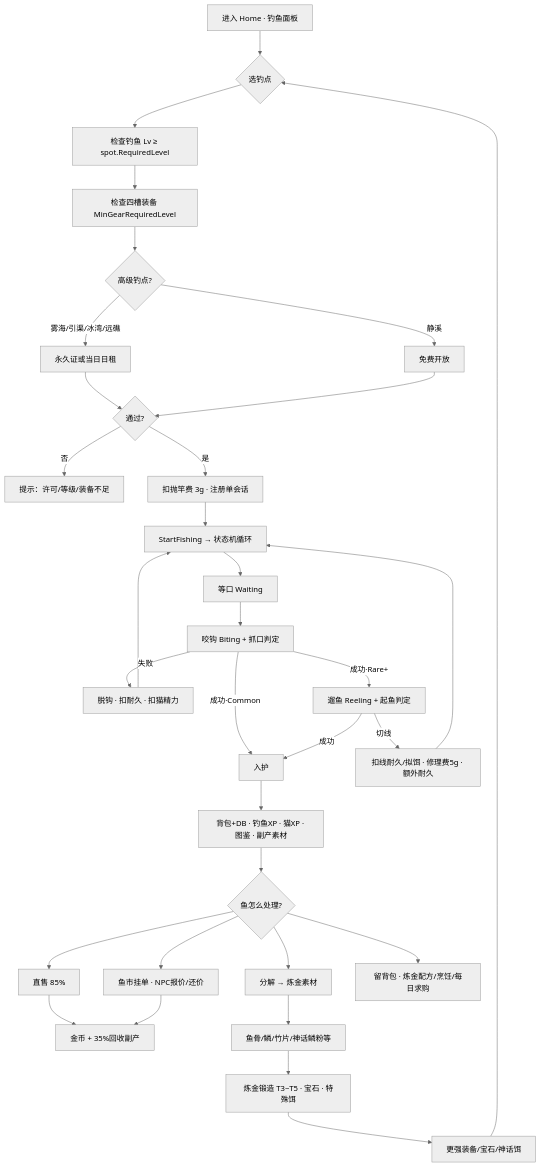
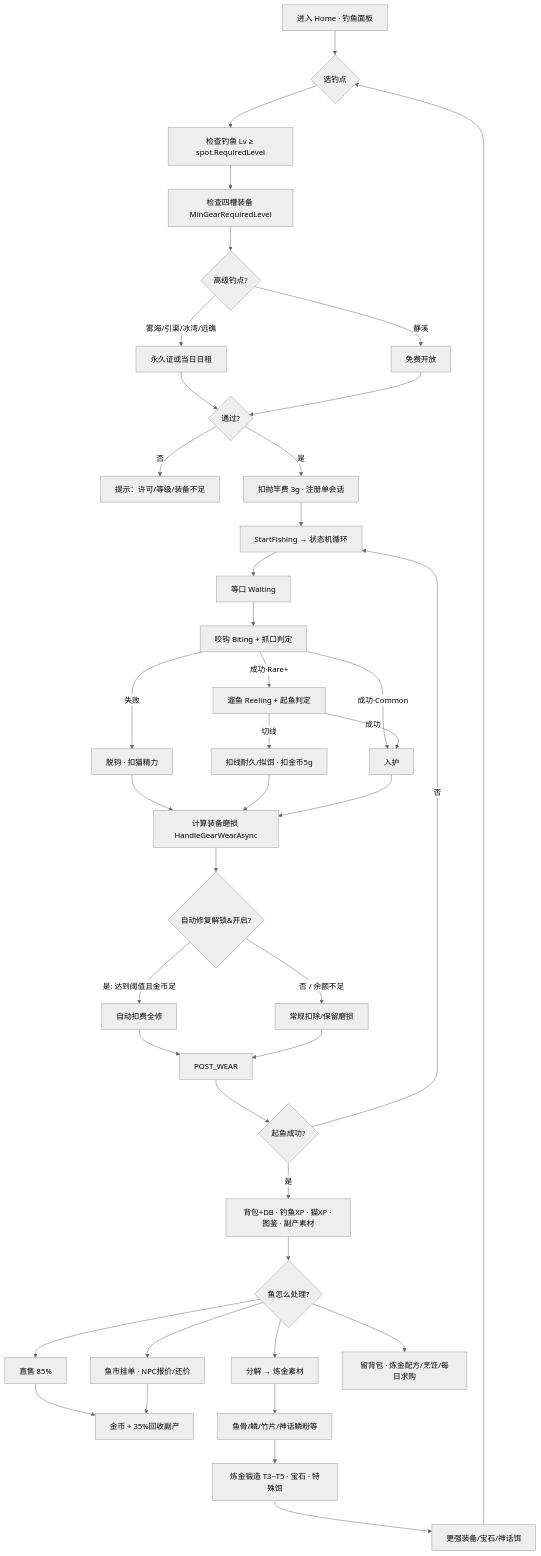
One commit to JijiangWen/CyberPetApp changed the first of 2 diagrams in docs/fishing-gameplay-loop.md. Above: the diagram before and after it, drawn with Mermaid (neutral theme). The commit also changed other lines of this file and 3 other files, not shown here.

````diff
--- a/docs/fishing-gameplay-loop.md
+++ b/docs/fishing-gameplay-loop.md
@@ -12,35 +12,41 @@
 ```mermaid
 flowchart TD
     A[进入 Home · 钓鱼面板] --> B{选钓点}
     B --> C[检查钓鱼 Lv ≥ spot.RequiredLevel]
     C --> D[检查四槽装备 MinGearRequiredLevel]
     D --> E{高级钓点?}
     E -->|雾海/引渠/冰湾/远礁| F[永久证或当日日租]
     E -->|静溪| G[免费开放]
     F --> H{通过?}
     G --> H
     H -->|否| I[提示：许可/等级/装备不足]
     H -->|是| J[扣抛竿费 3g · 注册单会话]
     J --> K[StartFishing → 状态机循环]
     K --> L[等口 Waiting]
     L --> M[咬钩 Biting + 抓口判定]
-    M -->|失败| N[脱钩 · 扣耐久 · 扣猫精力]
+    M -->|失败| N[脱钩 · 扣猫精力]
     M -->|成功·Common| P[入护]
     M -->|成功·Rare+| O[遛鱼 Reeling + 起鱼判定]
-    O -->|切线| Q[扣线耐久/拟饵 · 修理费5g · 额外耐久]
+    O -->|切线| Q[扣线耐久/拟饵 · 扣金币5g]
     O -->|成功| P
-    P --> R[背包+DB · 钓鱼XP · 猫XP · 图鉴 · 副产素材]
+    N --> WEAR[计算装备磨损 HandleGearWearAsync]
+    Q --> WEAR
+    P --> WEAR
+    WEAR --> AR{自动修复解锁&开启?}
+    AR -->|是: 达到阈值且金币足| AR_DO[自动扣费全修] --> POST_WEAR
+    AR -->|否 / 余额不足| AR_FAIL[常规扣除/保留磨损] --> POST_WEAR
+    POST_WEAR --> CHECK_STATE{起鱼成功?}
+    CHECK_STATE -->|是| R[背包+DB · 钓鱼XP · 猫XP · 图鉴 · 副产素材]
+    CHECK_STATE -->|否| K
     R --> S{鱼怎么处理?}
     S --> T[直售 85%]
     S --> U[鱼市挂单 · NPC报价/还价]
     S --> V[分解 → 炼金素材]
     S --> W[留背包 · 炼金配方/烹饪/每日求购]
     T --> X[金币 + 35%回收副产]
     U --> X
     V --> Y[鱼骨/鳞/竹片/神话鳞粉等]
     Y --> Z[炼金锻造 T3~T5 · 宝石 · 特殊饵]
     Z --> AA[更强装备/宝石/神话饵]
     AA --> B
-    N --> K
-    Q --> K
 ```
````
